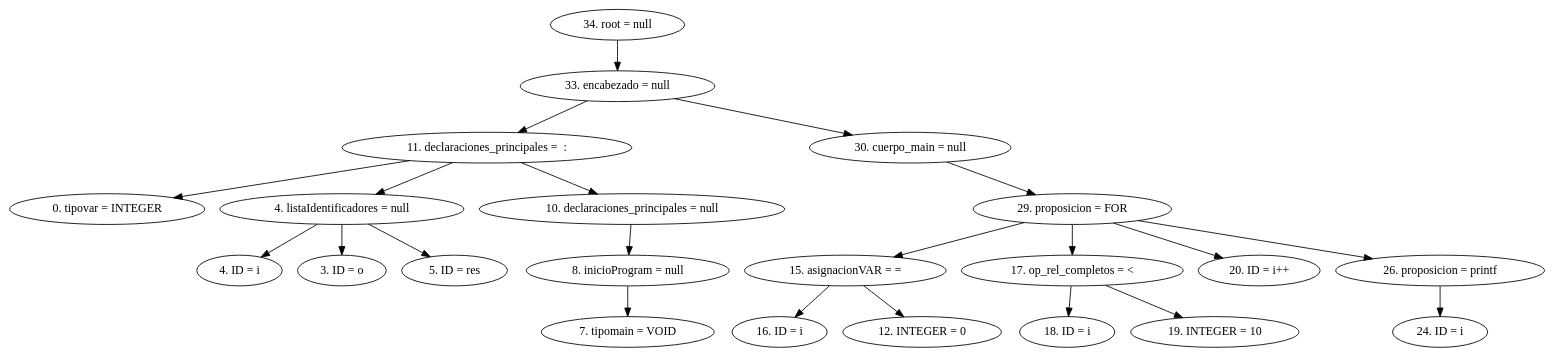
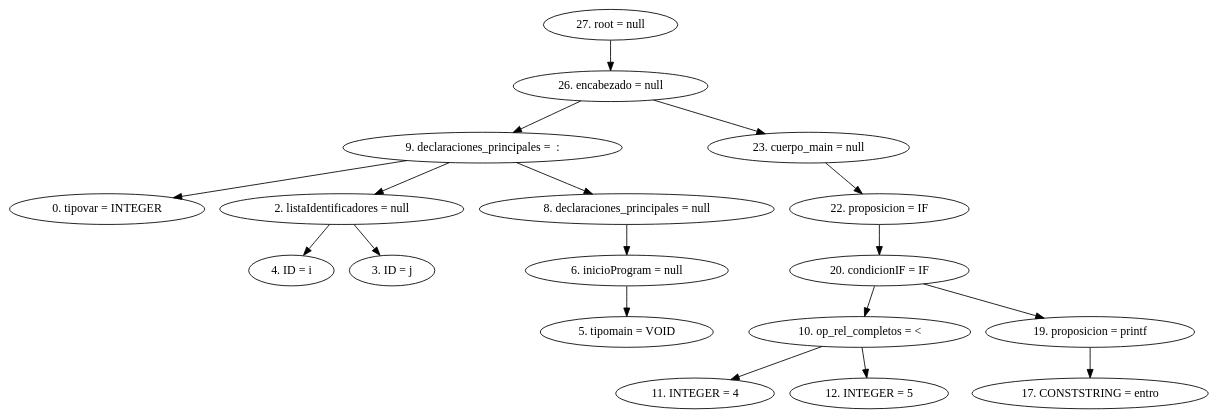
Before and after one commit to Luigy08/mini-c: the diagram in src/AST.dot, drawn with Graphviz. The commit also changed 8 other files, not shown here.

```diff
--- a/src/AST.dot
+++ b/src/AST.dot
@@ -1,25 +1,21 @@
 digraph G {
-"34. root = null"->"33. encabezado = null"
-"33. encabezado = null"->"11. declaraciones_principales =  : "
-"11. declaraciones_principales =  : "->"0. tipovar = INTEGER"
-"11. declaraciones_principales =  : "->"4. listaIdentificadores = null"
-"4. listaIdentificadores = null"->"4. ID = i"
-"4. listaIdentificadores = null"->"3. ID = o"
-"4. listaIdentificadores = null"->"5. ID = res"
-"11. declaraciones_principales =  : "->"10. declaraciones_principales = null"
-"10. declaraciones_principales = null"->"8. inicioProgram = null"
-"8. inicioProgram = null"->"7. tipomain = VOID"
-"33. encabezado = null"->"30. cuerpo_main = null"
-"30. cuerpo_main = null"->"29. proposicion = FOR"
-"29. proposicion = FOR"->"15. asignacionVAR = ="
-"15. asignacionVAR = ="->"16. ID = i"
-"15. asignacionVAR = ="->"12. INTEGER = 0"
-"29. proposicion = FOR"->"17. op_rel_completos = <"
-"17. op_rel_completos = <"->"18. ID = i"
-"17. op_rel_completos = <"->"19. INTEGER = 10"
-"29. proposicion = FOR"->"20. ID = i++"
-"29. proposicion = FOR"->"26. proposicion = printf"
-"26. proposicion = printf"->"24. ID = i"
+"27. root = null"->"26. encabezado = null"
+"26. encabezado = null"->"9. declaraciones_principales =  : "
+"9. declaraciones_principales =  : "->"0. tipovar = INTEGER"
+"9. declaraciones_principales =  : "->"2. listaIdentificadores = null"
+"2. listaIdentificadores = null"->"4. ID = i"
+"2. listaIdentificadores = null"->"3. ID = j"
+"9. declaraciones_principales =  : "->"8. declaraciones_principales = null"
+"8. declaraciones_principales = null"->"6. inicioProgram = null"
+"6. inicioProgram = null"->"5. tipomain = VOID"
+"26. encabezado = null"->"23. cuerpo_main = null"
+"23. cuerpo_main = null"->"22. proposicion = IF"
+"22. proposicion = IF"->"20. condicionIF = IF"
+"20. condicionIF = IF"->"10. op_rel_completos = <"
+"10. op_rel_completos = <"->"11. INTEGER = 4"
+"10. op_rel_completos = <"->"12. INTEGER = 5"
+"20. condicionIF = IF"->"19. proposicion = printf"
+"19. proposicion = printf"->"17. CONSTSTRING = entro"
 
 
 }
```
